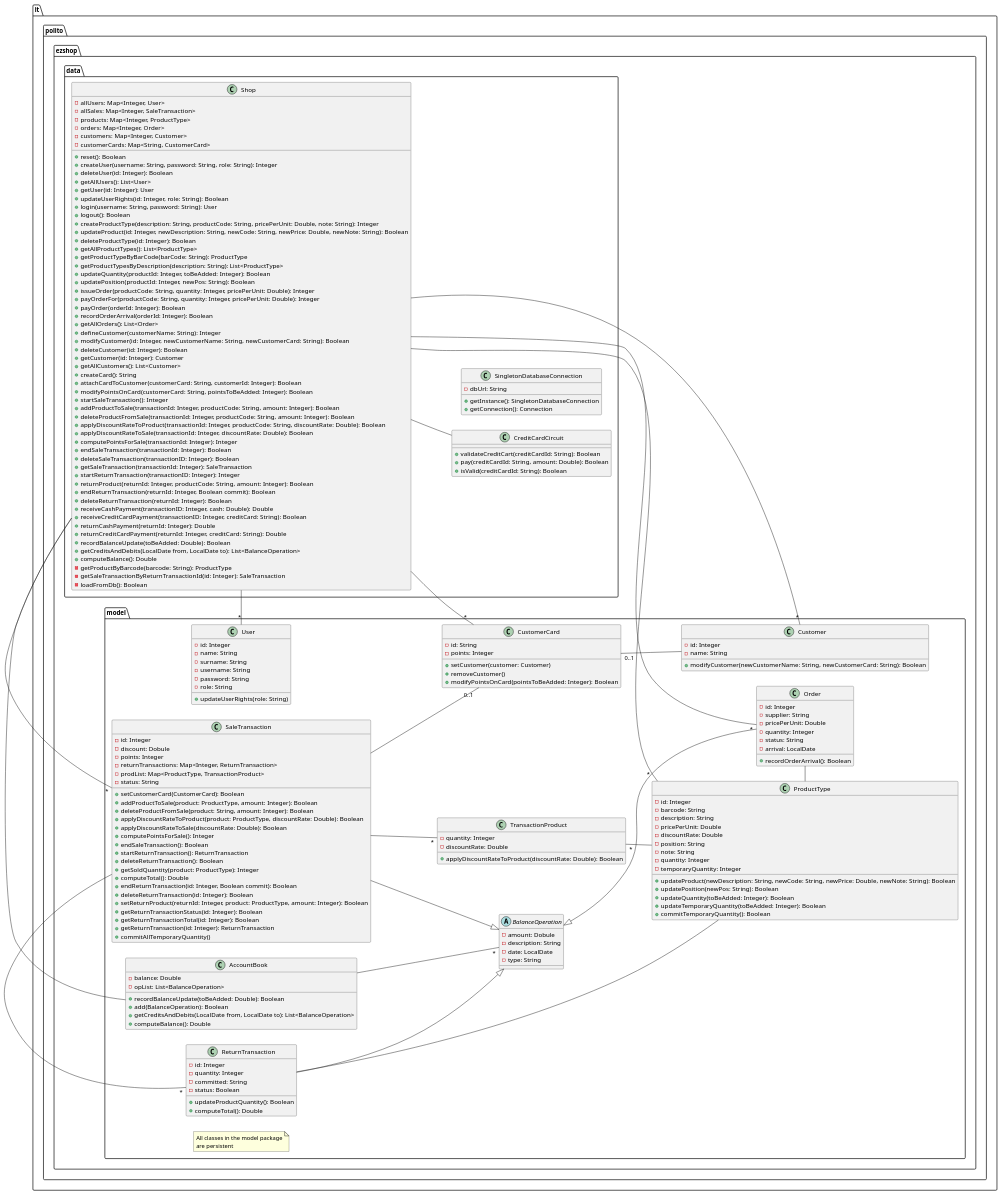
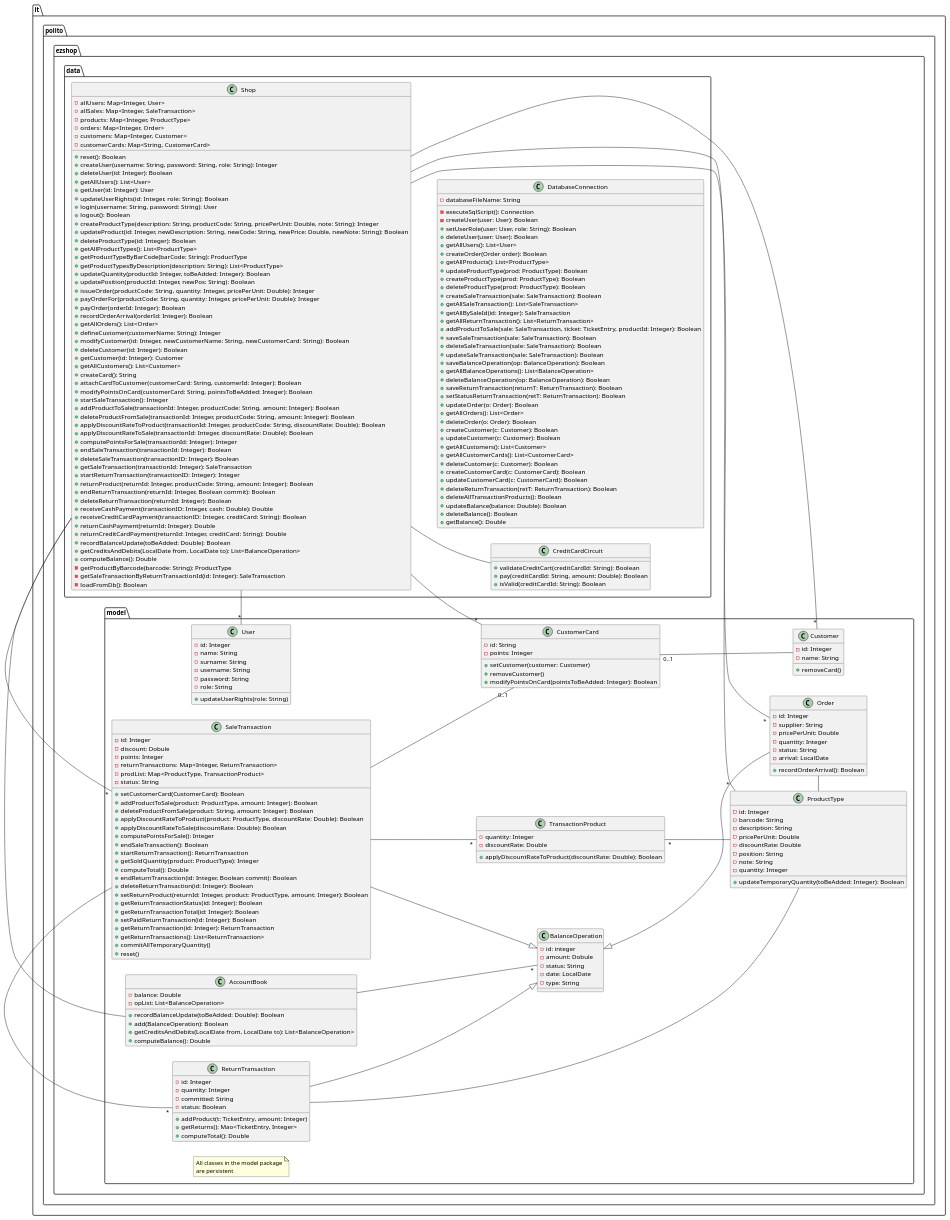
Before and after one commit to MatteoBattilana/EzShop: the second of 13 diagrams in Deliverables/DesignDocument.md, drawn with PlantUML. The commit also changed other lines of this file and 15 other files, not shown here.

```diff
--- a/Deliverables/DesignDocument.md
+++ b/Deliverables/DesignDocument.md
@@ -67,10 +67,46 @@
   left to right direction
 package it.polito.ezshop.data {
 
-    class SingletonDatabaseConnection {
-      - dbUrl: String
-      + getInstance(): SingletonDatabaseConnection
-      + getConnection(): Connection
+    class DatabaseConnection {
+      - databaseFileName: String
+      - executeSqlScript(): Connection
+      - createUser(user: User): Boolean
+      + setUserRole(user: User, role: String): Boolean
+      + deleteUser(user: User): Boolean
+      + getAllUsers(): List<User>
+      + createOrder(Order order): Boolean
+      + getAllProducts(): List<ProductType>
+      + updateProductType(prod: ProductType): Boolean
+      + createProductType(prod: ProductType): Boolean
+      + deleteProductType(prod: ProductType): Boolean
+      + createSaleTransaction(sale: SaleTransaction): Boolean
+      + getAllSaleTransaction(): List<SaleTransaction>
+      + getAllBySaleId(id: Integer): SaleTransaction
+      + getAllReturnTransaction(): List<ReturnTransaction>
+      + addProductToSale(sale: SaleTransaction, ticket: TicketEntry, productId: Integer): Boolean
+      + saveSaleTransaction(sale: SaleTransaction): Boolean
+      + deleteSaleTransaction(sale: SaleTransaction): Boolean
+      + updateSaleTransaction(sale: SaleTransaction): Boolean
+      + saveBalanceOperation(op: BalanceOperation): Boolean
+      + getAllBalanceOperations(): List<BalanceOperation>
+      + deleteBalanceOperation(op: BalanceOperation): Boolean
+      + saveReturnTransaction(returnT: ReturnTransaction): Boolean
+      + setStatusReturnTransaction(retT: ReturnTransaction): Boolean
+      + updateOrder(o: Order): Boolean
+      + getAllOrders(): List<Order>
+      + deleteOrder(o: Order): Boolean
+      + createCustomer(c: Customer): Boolean
+      + updateCustomer(c: Customer): Boolean
+      + getAllCustomers(): List<Customer>
+      + getAllCustomerCards(): List<CustomerCard>
+      + deleteCustomer(c: Customer): Boolean
+      + createCustomerCard(c: CustomerCard): Boolean
+      + updateCustomerCard(c: CustomerCard): Boolean
+      + deleteReturnTransaction(retT: ReturnTransaction): Boolean
+      + deleteAllTransactionProducts(): Boolean
+      + updateBalance(balance: Double): Boolean
+      + deleteBalance(): Boolean
+      + getBalance(): Double
     }
   class CreditCardCircuit {
     + validateCreditCart(creditCardId: String): Boolean
@@ -137,7 +173,7 @@
 - getSaleTransactionByReturnTransactionId(id: Integer): SaleTransaction
 - loadFromDb(): Boolean
   }
-  Shop -[hidden]-> SingletonDatabaseConnection
+  Shop -[hidden]-> DatabaseConnection
 
     Shop -- CreditCardCircuit
     Shop -[hidden]-> CreditCardCircuit
@@ -146,9 +182,10 @@
 package it.polito.ezshop.model {
 
   note "All classes in the model package\nare persistent" as N1
-  abstract class BalanceOperation {
+  class BalanceOperation {
+    - id: integer
     - amount: Dobule
-    - description: String
+    - status: String
     - date: LocalDate
     - type: String
   }
@@ -171,12 +208,7 @@
       - position: String
       - note: String
       - quantity: Integer
-      - temporaryQuantity: Integer
-      + updateProduct(newDescription: String, newCode: String, newPrice: Double, newNote: String): Boolean
-      + updatePosition(newPos: String): Boolean
-      + updateQuantity(toBeAdded: Integer): Boolean
       + updateTemporaryQuantity(toBeAdded: Integer): Boolean
-      + commitTemporaryQuantity(): Boolean
   }
   class Order {
     - id: Integer
@@ -197,7 +229,7 @@
   class Customer {
       - id: Integer
       - name: String
-      + modifyCustomer(newCustomerName: String, newCustomerCard: String): Boolean
+      + removeCard()
   }
   class SaleTransaction {
       - id: Integer
@@ -214,7 +246,6 @@
       + computePointsForSale(): Integer
       + endSaleTransaction(): Boolean
       + startReturnTransaction(): ReturnTransaction
-      + deleteReturnTransaction(): Boolean
       + getSoldQuantity(product: ProductType): Integer
       + computeTotal(): Double
       + endReturnTransaction(id: Integer, Boolean commit): Boolean
@@ -222,15 +253,19 @@
       + setReturnProduct(returnId: Integer, product: ProductType, amount: Integer): Boolean
       + getReturnTransactionStatus(id: Integer): Boolean
       + getReturnTransactionTotal(id: Integer): Boolean
+      + setPaidReturnTransaction(id: Integer): Boolean
       + getReturnTransaction(id: Integer): ReturnTransaction
+      + getReturnTransactions(): List<ReturnTransaction>
       + commitAllTemporaryQuantity()
+      + reset()
   }
   class ReturnTransaction {
     - id: Integer
     - quantity: Integer
     - committed: String
     - status: Boolean
-    + updateProductQuantity(): Boolean
+    + addProduct(t: TicketEntry, amount: Integer)
+    + getReturns(): Mao<TicketEntry, Integer>
     + computeTotal(): Double
   }
   class TransactionProduct {
```
